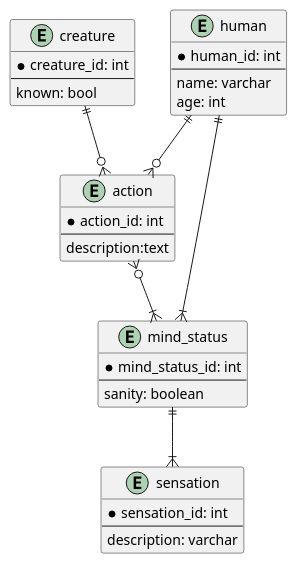
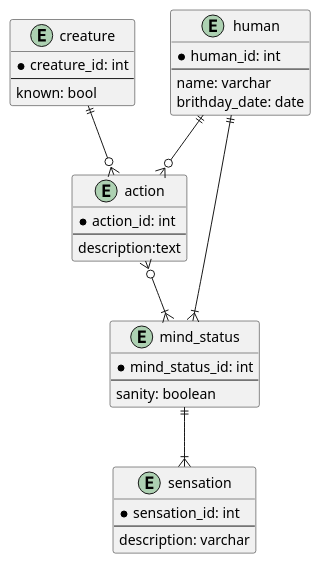
One commit to fefumo/itmo changed the diagram in DB/lab1/ER.md. Above: the diagram before and after it, drawn with PlantUML. The commit also changed 5 other files, not shown here.

````diff
--- a/DB/lab1/ER.md
+++ b/DB/lab1/ER.md
@@ -3,42 +3,42 @@
 ```plantuml
 @startuml
 
 entity "human" as human{
     *human_id: int
     --
     name: varchar
-    age: int
+    brithday_date: date
 }
 
 entity "action" as action{
     * action_id: int
     --
     description:text
 }
 
 entity "mind_status" as mind_status{
     *mind_status_id: int
     --
     sanity: boolean
 }
 entity "creature" as creature{
     *creature_id: int
     --
     known: bool
 }
 entity "sensation" as sensation{
     *sensation_id: int
     --
     description: varchar
 }
 
 human ||--o{ action
 creature ||--o{ action
 
 human ||--|{ mind_status
 action }o--|{ mind_status
 
 mind_status ||--|{ sensation
 
 @enduml
 ```
````
